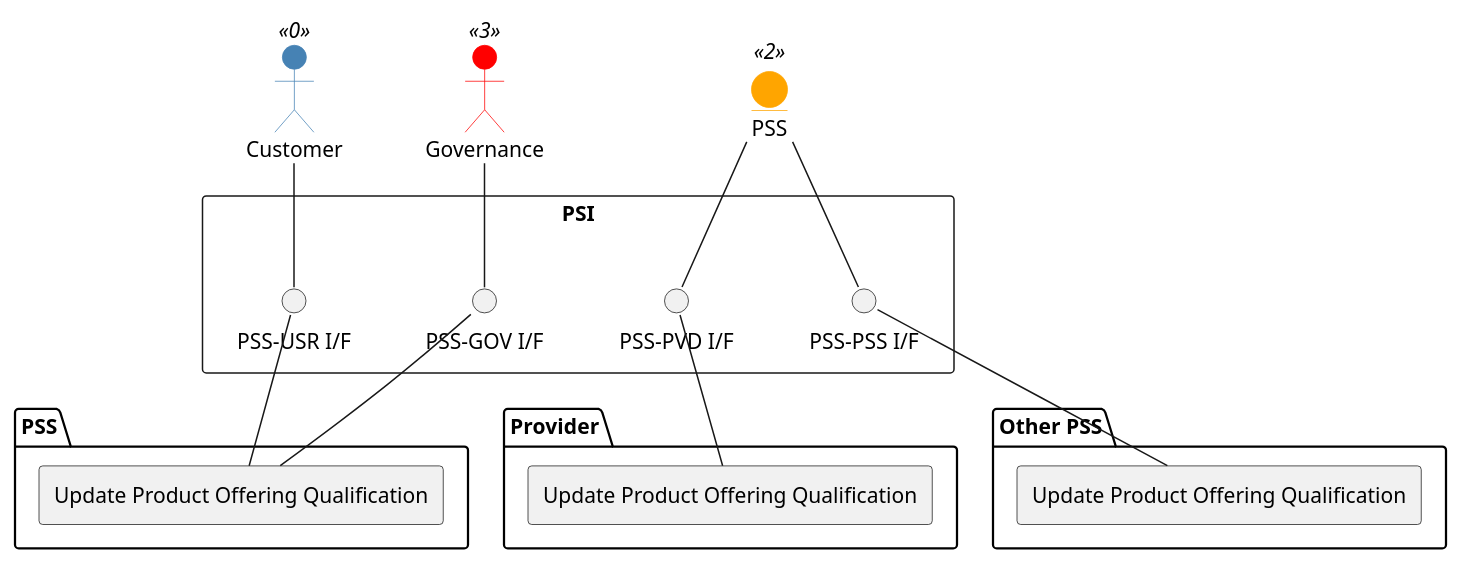
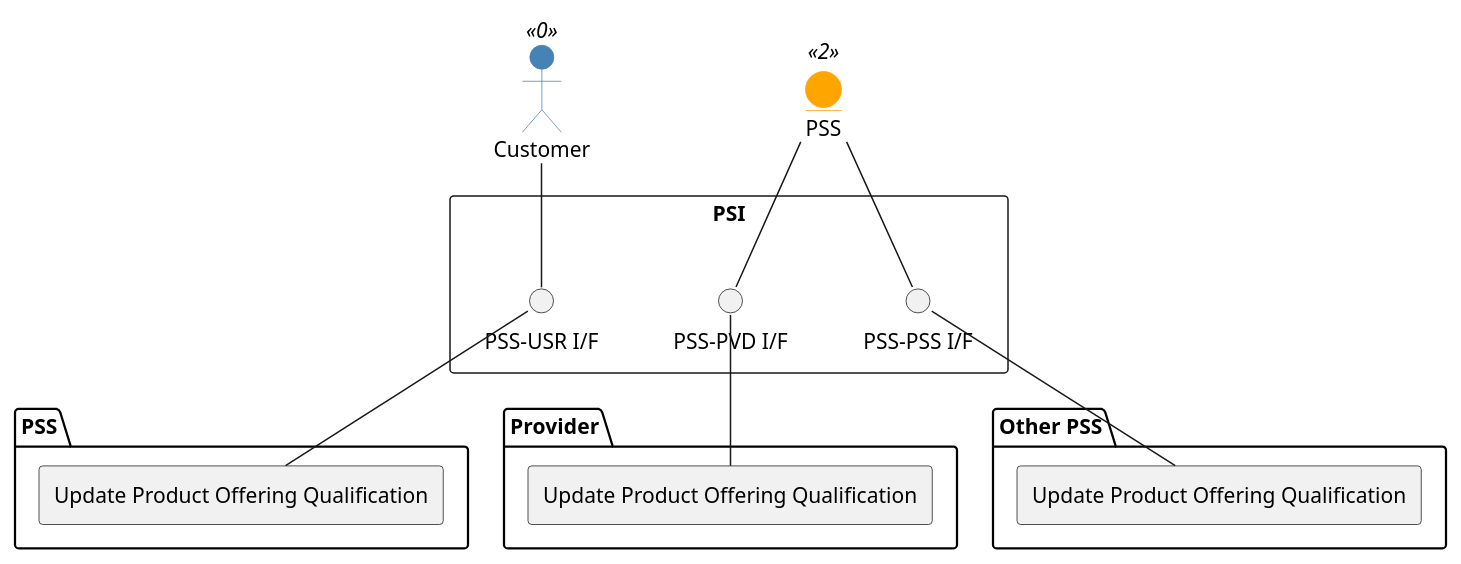
Before and after one commit to psi-consortium/psi: the diagram in doc/PSI/PSI-TOD/operations/TOD-03-05-02-Update_Product_Offering_Qualification.md, drawn with PlantUML. The commit also changed 6 other files, not shown here.

````diff
--- a/doc/PSI/PSI-TOD/operations/TOD-03-05-02-Update_Product_Offering_Qualification.md
+++ b/doc/PSI/PSI-TOD/operations/TOD-03-05-02-Update_Product_Offering_Qualification.md
@@ -9,49 +9,43 @@
 ```plantuml
 @startuml
 skinparam actor {
   BackgroundColor<< 0 >> 	SteelBlue
   BorderColor<< 0 >> 		SteelBlue
-  BackgroundColor<< 3 >> 	Red
-  BorderColor<< 3 >> 		Red
 }
 
 skinparam entity{
   BackgroundColor<< 2 >> 	Orange
   BorderColor<< 2 >> 		Orange
 }
 
 Customer << 0 >>
-Governance << 3 >>
 entity PSS << 2 >> as PSS1
 
 rectangle "PSI" {
   interface "PSS-USR I/F" as I1
   interface "PSS-PVD I/F" as I2
   interface "PSS-PSS I/F" as I3
-  interface "PSS-GOV I/F" as I4
 }
 
 package "PSS" {
   rectangle "Update Product Offering Qualification" as Operation
 }
 
 package "Provider" {
   rectangle "Update Product Offering Qualification" as OperationP
 }
 
 package "Other PSS" {
   rectangle "Update Product Offering Qualification" as OperationO
 }
 
 Customer --  I1
 I1 --        Operation
 PSS1 --      I2
 I2 --        OperationP
 PSS1 --      I3
 I3 --        OperationO
-Governance -- I4
-I4 --        Operation
 
 @enduml
 
 ```
````
